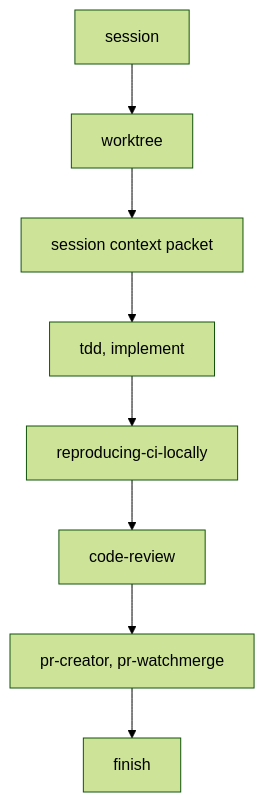
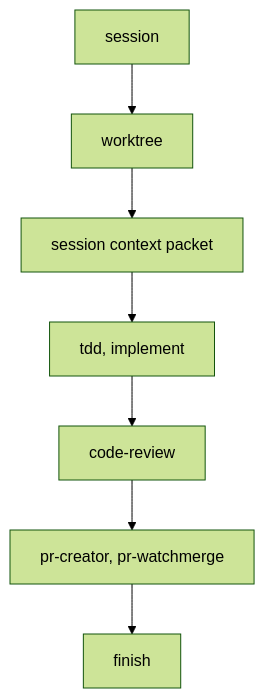
Before and after one commit to FAZuH/agent: diagram 11 of 14 in docs/skill-guide.md, drawn with Mermaid (forest theme). The commit also changed other lines of this file and 1 other file, not shown here.

````diff
--- a/docs/skill-guide.md
+++ b/docs/skill-guide.md
@@ -254,10 +242,9 @@
 ```mermaid
 flowchart TD
   S[session] --> W[worktree]
   W --> X[session context packet]
   X --> B[tdd, implement]
-  B --> V[reproducing-ci-locally]
-  V --> R[code-review]
+  B --> R[code-review]
   R --> P[pr-creator, pr-watchmerge]
   P --> F[finish]
 ```
````
